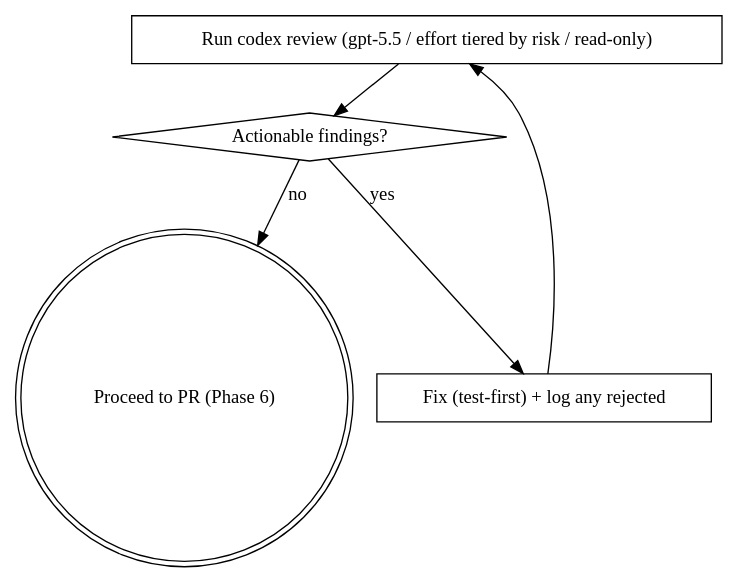
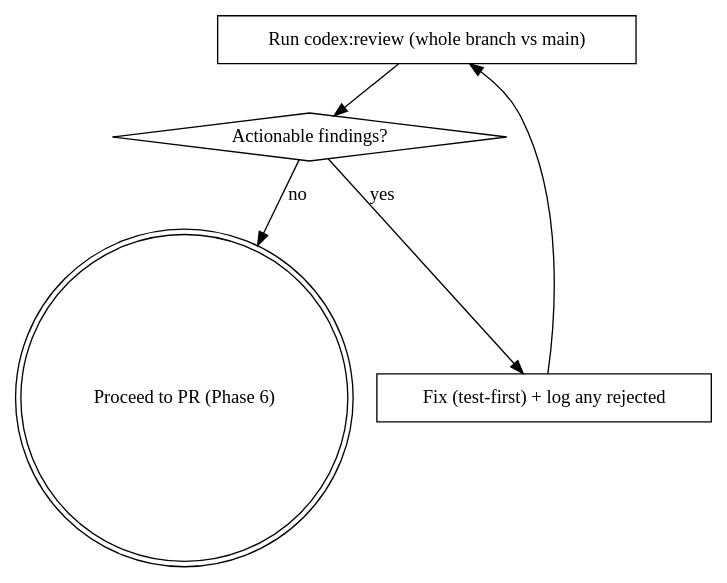
The first of 2 diagrams in .claude/skills/yolo-ship/SKILL.md (project-ax/ax-next), drawn with Graphviz before and after one commit. The commit also changed other lines of this file and 4 other files, not shown here.

````diff
--- a/.claude/skills/yolo-ship/SKILL.md
+++ b/.claude/skills/yolo-ship/SKILL.md
@@ -101,13 +101,13 @@
 ```dot
 digraph codex_review {
-    "Run codex review (gpt-5.5 / effort tiered by risk / read-only)" [shape=box];
+    "Run codex:review (whole branch vs main)" [shape=box];
     "Actionable findings?" [shape=diamond];
     "Fix (test-first) + log any rejected" [shape=box];
     "Proceed to PR (Phase 6)" [shape=doublecircle];
 
-    "Run codex review (gpt-5.5 / effort tiered by risk / read-only)" -> "Actionable findings?";
+    "Run codex:review (whole branch vs main)" -> "Actionable findings?";
     "Actionable findings?" -> "Fix (test-first) + log any rejected" [label="yes"];
-    "Fix (test-first) + log any rejected" -> "Run codex review (gpt-5.5 / effort tiered by risk / read-only)";
+    "Fix (test-first) + log any rejected" -> "Run codex:review (whole branch vs main)";
     "Actionable findings?" -> "Proceed to PR (Phase 6)" [label="no"];
 }
 ```
````
